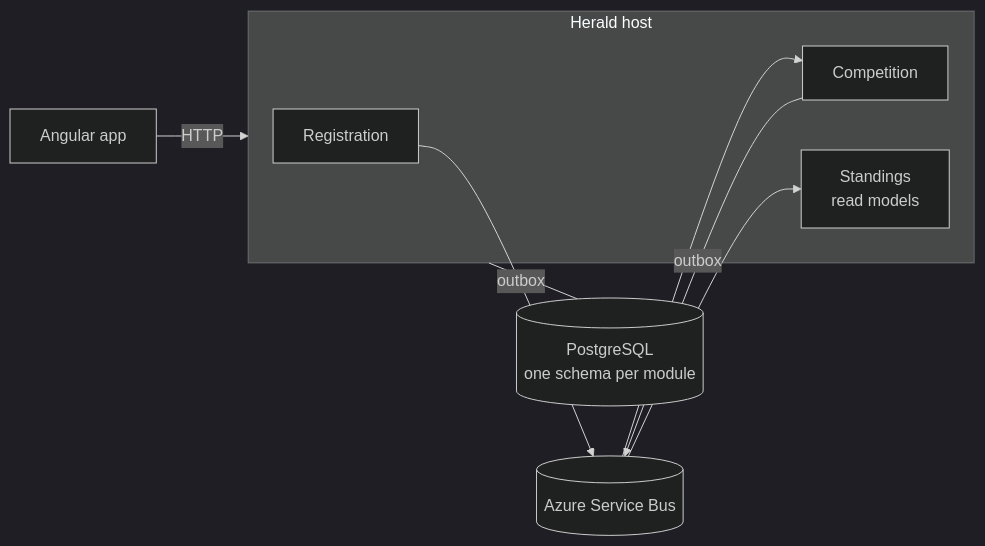
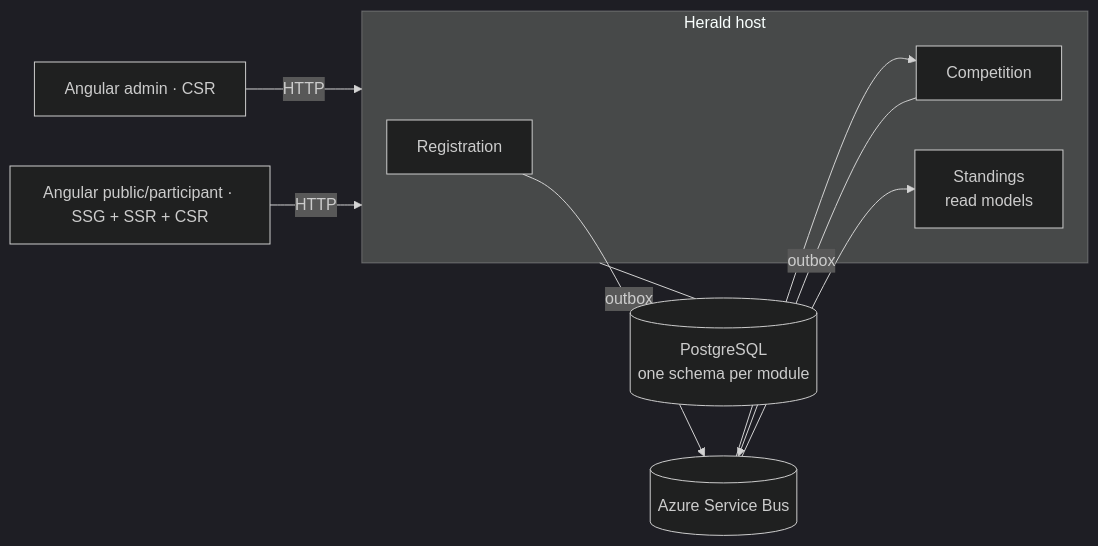
One commit to juliofuentescerrada/herald changed the diagram in README.md. Above: the diagram before and after it, drawn with Mermaid (dark theme). The commit also changed other lines of this file and 8 other files, not shown here.

````diff
--- a/README.md
+++ b/README.md
@@ -32,14 +32,15 @@
 ```mermaid
 flowchart LR
-    web[Angular app] -->|HTTP| api
+    admin[Angular admin · CSR] -->|HTTP| api
+    public[Angular public/participant · SSG + SSR + CSR] -->|HTTP| api
     subgraph api[Herald host]
         reg[Registration]
         comp[Competition]
         stand[Standings<br/>read models]
     end
     reg -->|outbox| bus[(Azure Service Bus)]
     comp -->|outbox| bus
     bus --> comp
     bus --> stand
     api --- db[(PostgreSQL<br/>one schema per module)]
 ```
````
